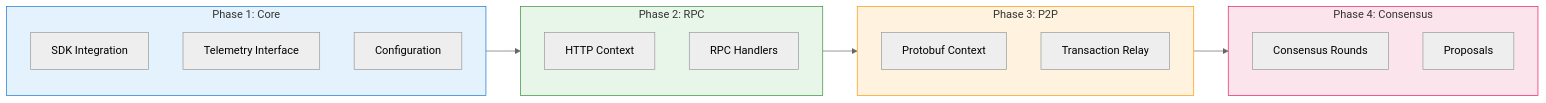
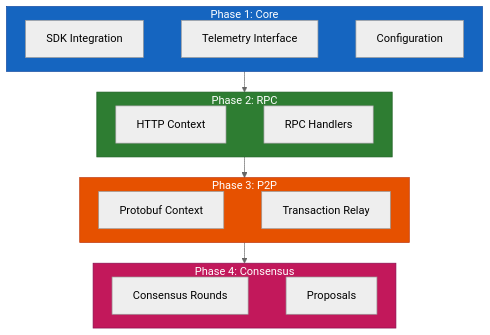
One commit to XRPL-Node/rippled changed the first of 6 diagrams in OpenTelemetryPlan/03-implementation-strategy.md. Above: the diagram before and after it, drawn with Mermaid (neutral theme). The commit also changed other lines of this file and 8 other files, not shown here.

````diff
--- a/OpenTelemetryPlan/03-implementation-strategy.md
+++ b/OpenTelemetryPlan/03-implementation-strategy.md
@@ -38,30 +40,30 @@
 ```mermaid
-flowchart LR
+%%{init: {'flowchart': {'nodeSpacing': 20, 'rankSpacing': 30}}}%%
+flowchart TB
     subgraph phase1["Phase 1: Core"]
-        sdk["SDK Integration"]
-        interface["Telemetry Interface"]
-        config["Configuration"]
+        direction LR
+        sdk["SDK Integration"] ~~~ interface["Telemetry Interface"] ~~~ config["Configuration"]
     end
 
     subgraph phase2["Phase 2: RPC"]
-        http["HTTP Context"]
-        rpc["RPC Handlers"]
+        direction LR
+        http["HTTP Context"] ~~~ rpc["RPC Handlers"]
     end
 
     subgraph phase3["Phase 3: P2P"]
-        proto["Protobuf Context"]
-        tx["Transaction Relay"]
+        direction LR
+        proto["Protobuf Context"] ~~~ tx["Transaction Relay"]
     end
 
     subgraph phase4["Phase 4: Consensus"]
-        consensus["Consensus Rounds"]
-        proposals["Proposals"]
+        direction LR
+        consensus["Consensus Rounds"] ~~~ proposals["Proposals"]
     end
 
     phase1 --> phase2 --> phase3 --> phase4
 
-    style phase1 fill:#e3f2fd,stroke:#1976d2
-    style phase2 fill:#e8f5e9,stroke:#388e3c
-    style phase3 fill:#fff3e0,stroke:#ff9800
-    style phase4 fill:#fce4ec,stroke:#e91e63
+    style phase1 fill:#1565c0,stroke:#0d47a1,color:#ffffff
+    style phase2 fill:#2e7d32,stroke:#1b5e20,color:#ffffff
+    style phase3 fill:#e65100,stroke:#bf360c,color:#ffffff
+    style phase4 fill:#c2185b,stroke:#880e4f,color:#ffffff
 ```
````
